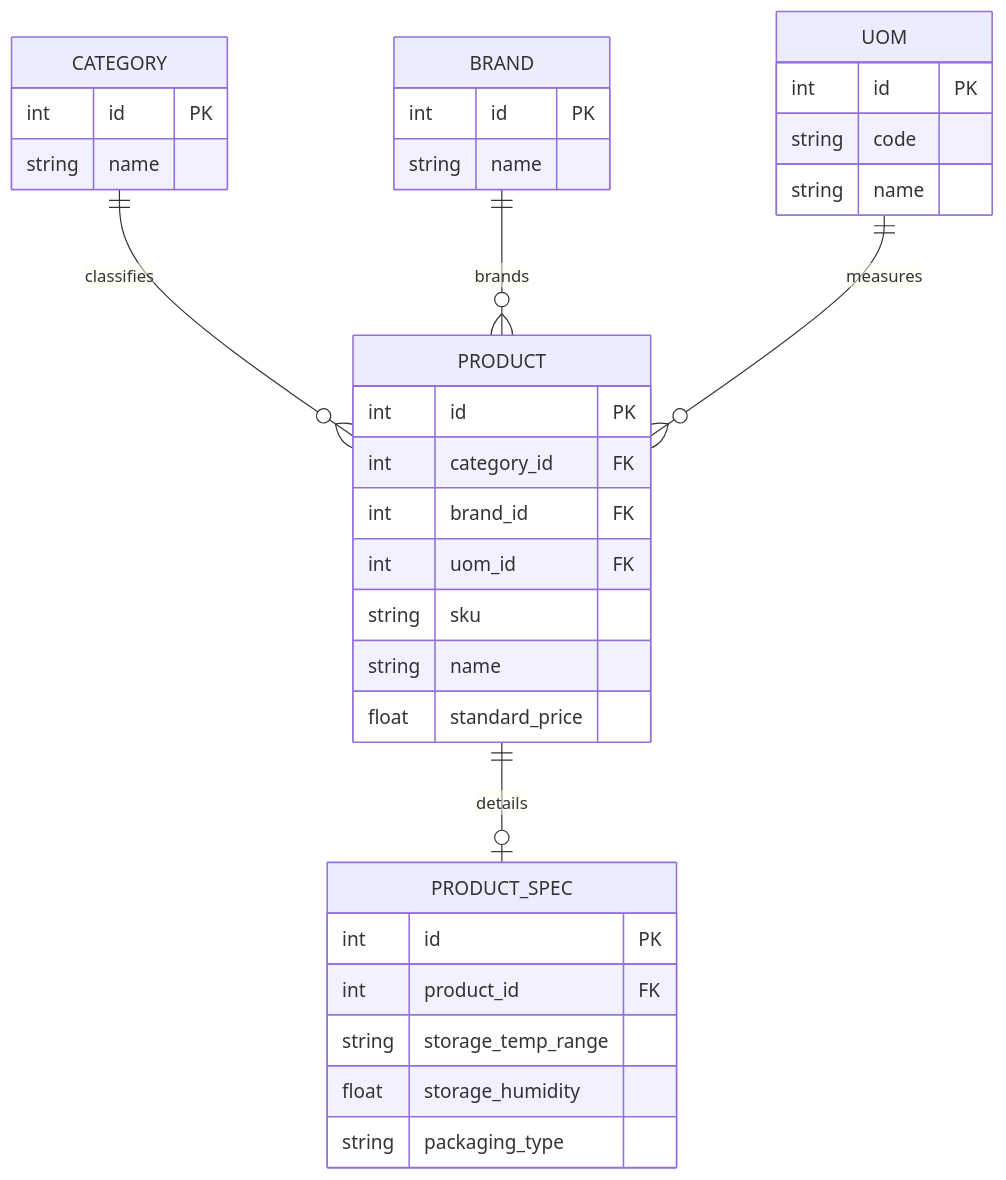
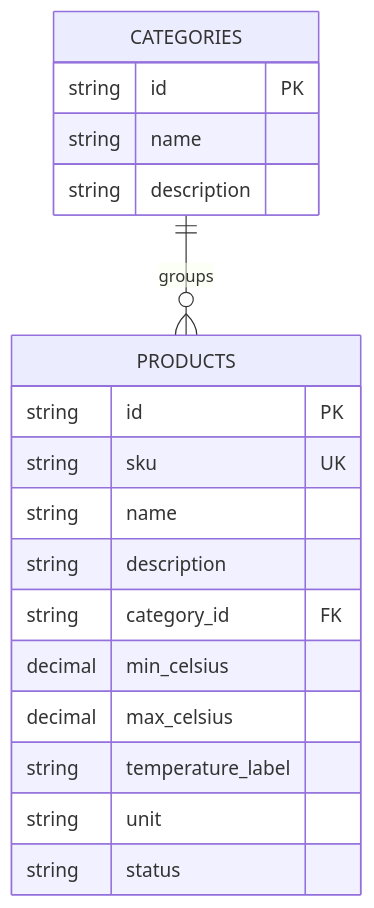
The second of 7 diagrams in report/40-chapter-4-product-design/4-8-database-design.md (upc-pre-202610-1asi0730-12242-king/nexa-ecosystem-report), drawn with Mermaid before and after one commit. The commit also changed other lines of this file and 71 other files, not shown here.

````diff
--- a/report/40-chapter-4-product-design/4-8-database-design.md
+++ b/report/40-chapter-4-product-design/4-8-database-design.md
@@ -70,37 +41,21 @@
 ```mermaid
 erDiagram
-    CATEGORY {
-        int id PK
+    CATEGORIES {
+        string id PK
         string name
+        string description
     }
-    BRAND {
-        int id PK
+    PRODUCTS {
+        string id PK
+        string sku UK
         string name
+        string description
+        string category_id FK
+        decimal min_celsius
+        decimal max_celsius
+        string temperature_label
+        string unit
+        string status
     }
-    UOM {
-        int id PK
-        string code
-        string name
-    }
-    PRODUCT {
-        int id PK
-        int category_id FK
-        int brand_id FK
-        int uom_id FK
-        string sku
-        string name
-        float standard_price
-    }
-    PRODUCT_SPEC {
-        int id PK
-        int product_id FK
-        string storage_temp_range
-        float storage_humidity
-        string packaging_type
-    }
-
-    CATEGORY ||--o{ PRODUCT : classifies
-    BRAND ||--o{ PRODUCT : brands
-    UOM ||--o{ PRODUCT : measures
-    PRODUCT ||--o| PRODUCT_SPEC : details
+    CATEGORIES ||--o{ PRODUCTS : groups
 ```
````
